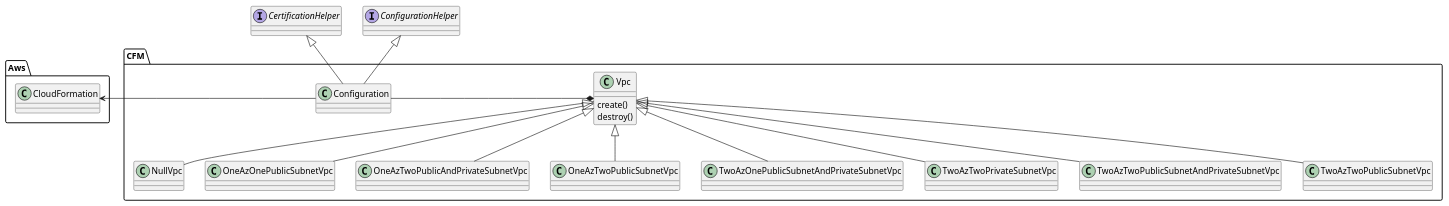
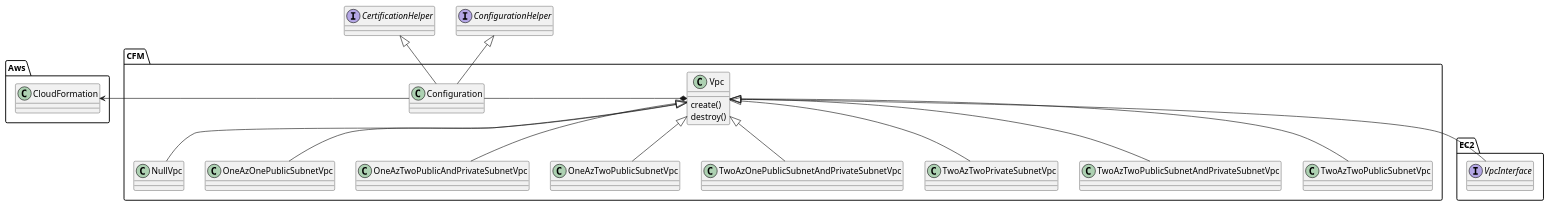
The diagram in docs/dev/cfm/vpc/core_model.puml (k2works/etude_for_aws), drawn with PlantUML before and after one commit. The commit also changed 14 other files, not shown here.

```diff
--- a/docs/dev/cfm/vpc/core_model.puml
+++ b/docs/dev/cfm/vpc/core_model.puml
@@ -1,29 +1,35 @@
 @startuml
 
 package Aws {
   class CloudFormation
+}
+
+package EC2 {
+  Interface VpcInterface
 }
 
 Interface CertificationHelper
 Interface ConfigurationHelper
 
 package CFM {
   class Vpc {
     create()
     destroy()
   }
+
+  Vpc <|-- VpcInterface
   CertificationHelper <|-- Configuration
   ConfigurationHelper <|-- Configuration
   Configuration -l-> CloudFormation
   Vpc *-l- Configuration
   Vpc <|-- NullVpc
   Vpc <|-- OneAzOnePublicSubnetVpc
   Vpc <|-- OneAzTwoPublicAndPrivateSubnetVpc
   Vpc <|-- OneAzTwoPublicSubnetVpc
   Vpc <|-- TwoAzOnePublicSubnetAndPrivateSubnetVpc
   Vpc <|-- TwoAzTwoPrivateSubnetVpc
   Vpc <|-- TwoAzTwoPublicSubnetAndPrivateSubnetVpc
   Vpc <|-- TwoAzTwoPublicSubnetVpc
 }
 
 @enduml
```
